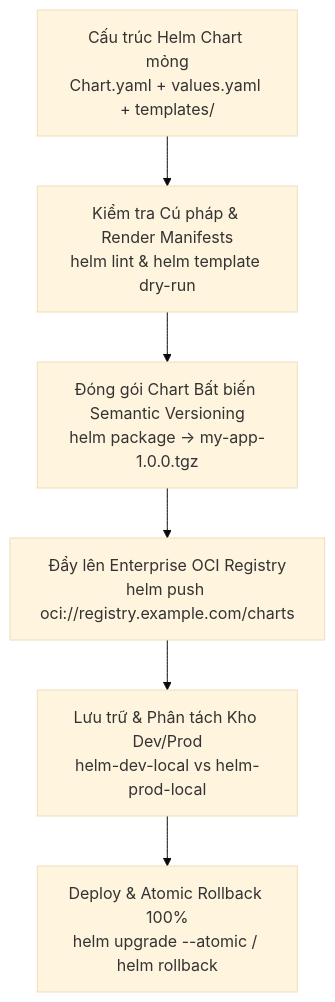
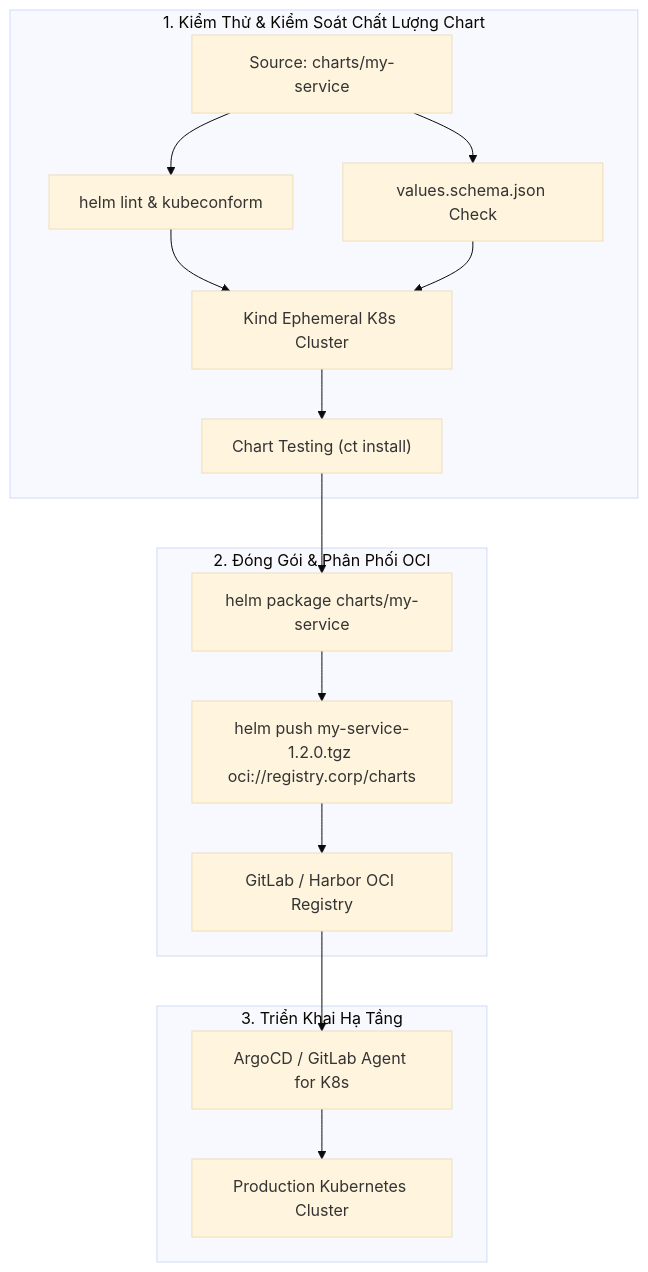
One commit to kiennt308/ntk changed the diagram in _posts/2026-09-12-gitlab-26-26-helm-chart-va-oci.md. Above: the diagram before and after it, drawn with Mermaid (base theme). The commit also changed other lines of this file and 48 other files, not shown here.

````diff
--- a/_posts/2026-09-12-gitlab-26-26-helm-chart-va-oci.md
+++ b/_posts/2026-09-12-gitlab-26-26-helm-chart-va-oci.md
@@ -56,12 +69,21 @@
 ```mermaid
 graph TD
-    A[Cấu trúc Helm Chart mỏng<br/>Chart.yaml + values.yaml + templates/] --> B[Kiểm tra Cú pháp & Render Manifests<br/>helm lint & helm template dry-run]
-    
-    B --> C[Đóng gói Chart Bất biến Semantic Versioning<br/>helm package -> my-app-1.0.0.tgz]
-    
-    C --> D[Đẩy lên Enterprise OCI Registry<br/>helm push oci://registry.example.com/charts]
-    
-    D --> E[Lưu trữ & Phân tách Kho Dev/Prod<br/>helm-dev-local vs helm-prod-local]
-    
-    E --> F[Deploy & Atomic Rollback 100%<br/>helm upgrade --atomic / helm rollback]
+    subgraph CI_VALIDATION["1. Kiểm Thử & Kiểm Soát Chất Lượng Chart"]
+        CHART_SRC["Source: charts/my-service"] --> LINT["helm lint & kubeconform"]
+        CHART_SRC --> SCHEMA["values.schema.json Check"]
+        LINT --> KIND["Kind Ephemeral K8s Cluster"]
+        SCHEMA --> KIND
+        KIND --> CT["Chart Testing (ct install)"]
+    end
+
+    subgraph OCI_DISTRIBUTION["2. Đóng Gói & Phân Phối OCI"]
+        CT --> PKG["helm package charts/my-service"]
+        PKG --> OCI_PUSH["helm push my-service-1.2.0.tgz oci://registry.corp/charts"]
+        OCI_PUSH --> HARBOR["GitLab / Harbor OCI Registry"]
+    end
+
+    subgraph CD_DELIVERY["3. Triển Khai Hạ Tầng"]
+        HARBOR --> GITOPS["ArgoCD / GitLab Agent for K8s"]
+        GITOPS --> K8S_PROD["Production Kubernetes Cluster"]
+    end
 ```
````
